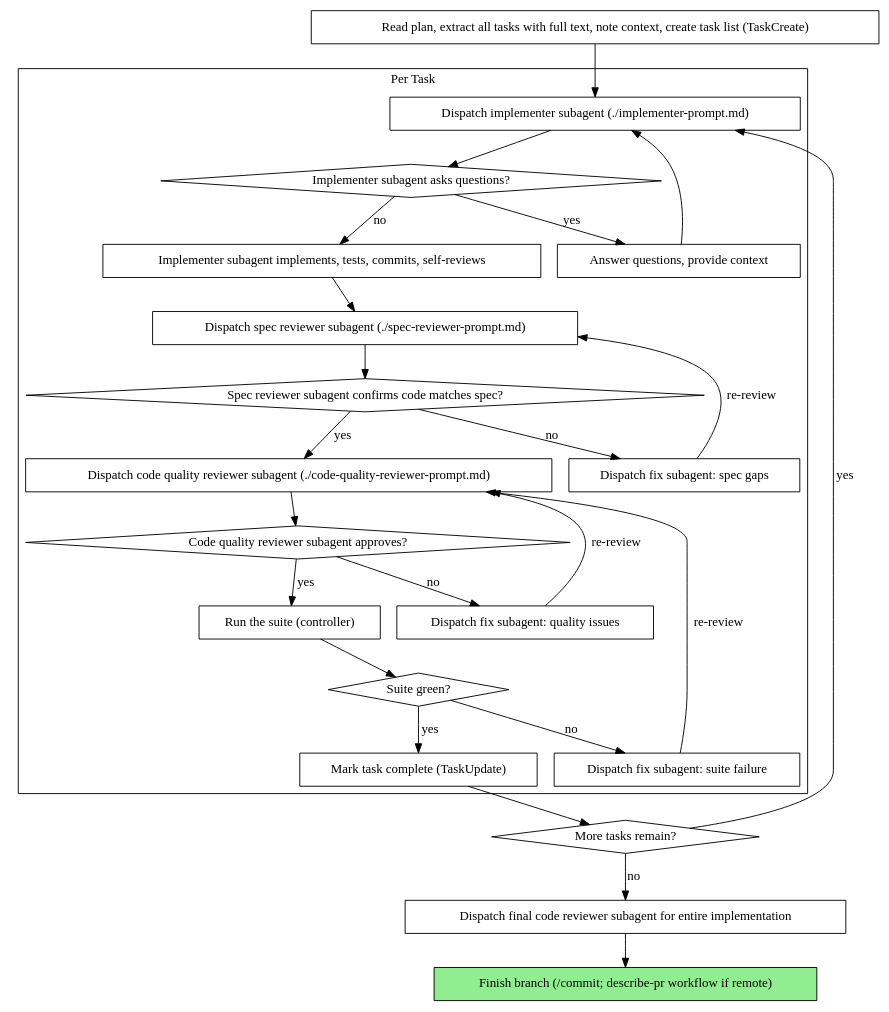
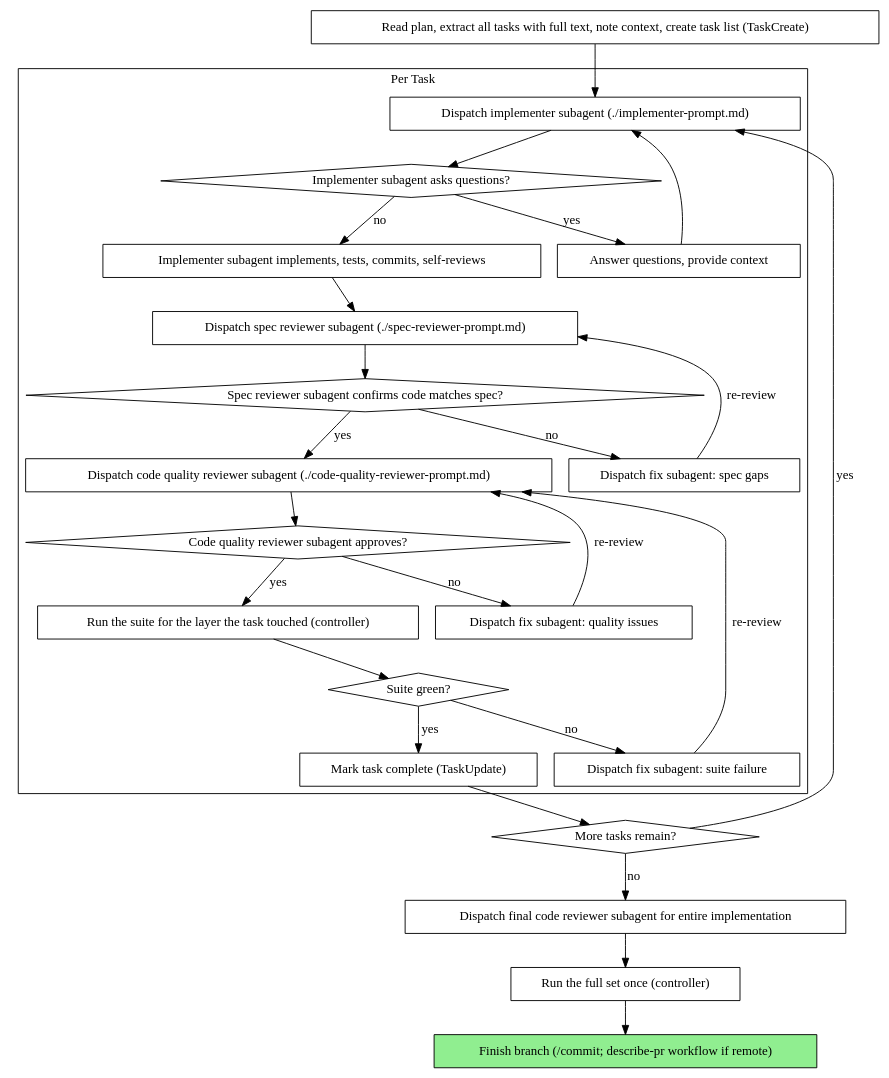
Before and after one commit to hunterphillips/agent-harness: the second of 2 diagrams in skills/coding/subagent-driven-development/subagent-driven-development.md, drawn with Graphviz. The commit also changed other lines of this file and 5 other files, not shown here.

Commit message:
coding: tests scale to the change; the full set runs once per branch, before the merge, and a passed full run is not repeated for a focused fix

````diff
--- a/skills/coding/subagent-driven-development/subagent-driven-development.md
+++ b/skills/coding/subagent-driven-development/subagent-driven-development.md
@@ -39,51 +39,53 @@
 ```dot
 digraph process {
     rankdir=TB;
 
     subgraph cluster_per_task {
         label="Per Task";
         "Dispatch implementer subagent (./implementer-prompt.md)" [shape=box];
         "Implementer subagent asks questions?" [shape=diamond];
         "Answer questions, provide context" [shape=box];
         "Implementer subagent implements, tests, commits, self-reviews" [shape=box];
         "Dispatch spec reviewer subagent (./spec-reviewer-prompt.md)" [shape=box];
         "Spec reviewer subagent confirms code matches spec?" [shape=diamond];
         "Dispatch fix subagent: spec gaps" [shape=box];
         "Dispatch code quality reviewer subagent (./code-quality-reviewer-prompt.md)" [shape=box];
         "Code quality reviewer subagent approves?" [shape=diamond];
         "Dispatch fix subagent: quality issues" [shape=box];
-        "Run the suite (controller)" [shape=box];
+        "Run the suite for the layer the task touched (controller)" [shape=box];
         "Suite green?" [shape=diamond];
         "Dispatch fix subagent: suite failure" [shape=box];
         "Mark task complete (TaskUpdate)" [shape=box];
     }
 
     "Read plan, extract all tasks with full text, note context, create task list (TaskCreate)" [shape=box];
     "More tasks remain?" [shape=diamond];
     "Dispatch final code reviewer subagent for entire implementation" [shape=box];
+    "Run the full set once (controller)" [shape=box];
     "Finish branch (/commit; describe-pr workflow if remote)" [shape=box style=filled fillcolor=lightgreen];
 
     "Read plan, extract all tasks with full text, note context, create task list (TaskCreate)" -> "Dispatch implementer subagent (./implementer-prompt.md)";
     "Dispatch implementer subagent (./implementer-prompt.md)" -> "Implementer subagent asks questions?";
     "Implementer subagent asks questions?" -> "Answer questions, provide context" [label="yes"];
     "Answer questions, provide context" -> "Dispatch implementer subagent (./implementer-prompt.md)";
     "Implementer subagent asks questions?" -> "Implementer subagent implements, tests, commits, self-reviews" [label="no"];
     "Implementer subagent implements, tests, commits, self-reviews" -> "Dispatch spec reviewer subagent (./spec-reviewer-prompt.md)";
     "Dispatch spec reviewer subagent (./spec-reviewer-prompt.md)" -> "Spec reviewer subagent confirms code matches spec?";
     "Spec reviewer subagent confirms code matches spec?" -> "Dispatch fix subagent: spec gaps" [label="no"];
     "Dispatch fix subagent: spec gaps" -> "Dispatch spec reviewer subagent (./spec-reviewer-prompt.md)" [label="re-review"];
     "Spec reviewer subagent confirms code matches spec?" -> "Dispatch code quality reviewer subagent (./code-quality-reviewer-prompt.md)" [label="yes"];
     "Dispatch code quality reviewer subagent (./code-quality-reviewer-prompt.md)" -> "Code quality reviewer subagent approves?";
     "Code quality reviewer subagent approves?" -> "Dispatch fix subagent: quality issues" [label="no"];
     "Dispatch fix subagent: quality issues" -> "Dispatch code quality reviewer subagent (./code-quality-reviewer-prompt.md)" [label="re-review"];
-    "Code quality reviewer subagent approves?" -> "Run the suite (controller)" [label="yes"];
-    "Run the suite (controller)" -> "Suite green?";
+    "Code quality reviewer subagent approves?" -> "Run the suite for the layer the task touched (controller)" [label="yes"];
+    "Run the suite for the layer the task touched (controller)" -> "Suite green?";
     "Suite green?" -> "Dispatch fix subagent: suite failure" [label="no"];
     "Dispatch fix subagent: suite failure" -> "Dispatch code quality reviewer subagent (./code-quality-reviewer-prompt.md)" [label="re-review"];
     "Suite green?" -> "Mark task complete (TaskUpdate)" [label="yes"];
     "Mark task complete (TaskUpdate)" -> "More tasks remain?";
     "More tasks remain?" -> "Dispatch implementer subagent (./implementer-prompt.md)" [label="yes"];
     "More tasks remain?" -> "Dispatch final code reviewer subagent for entire implementation" [label="no"];
-    "Dispatch final code reviewer subagent for entire implementation" -> "Finish branch (/commit; describe-pr workflow if remote)";
+    "Dispatch final code reviewer subagent for entire implementation" -> "Run the full set once (controller)";
+    "Run the full set once (controller)" -> "Finish branch (/commit; describe-pr workflow if remote)";
 }
 ```
````
